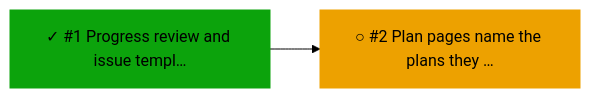
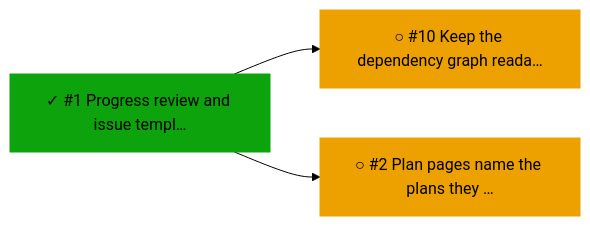
One commit to bvraghav/pmtrack changed the second of 2 diagrams in progress/core.md. Above: the diagram before and after it, drawn with Mermaid (forest theme). The commit also changed other lines of this file and 7 other files, not shown here.

````diff
--- a/progress/core.md
+++ b/progress/core.md
@@ -36,12 +39,14 @@
 ```mermaid
 flowchart LR
   n0["✓ #1 Progress review and issue templ…"]:::done
-  n1["○ #2 Plan pages name the plans they …"]:::ready
+  n1["○ #10 Keep the dependency graph reada…"]:::ready
+  n2["○ #2 Plan pages name the plans they …"]:::ready
   n0 --> n1
+  n0 --> n2
   classDef done fill:#0ca30c,color:#000,stroke:#0ca30c
   classDef active fill:#2a78d6,color:#fff,stroke:#2a78d6
   classDef ready fill:#eda100,color:#000,stroke:#eda100
   classDef blocked fill:#d03b3b,color:#fff,stroke:#d03b3b
   classDef unknown fill:#898781,color:#000,stroke:#898781
   classDef dropped fill:#898781,color:#000,stroke:#898781
 ```
````
